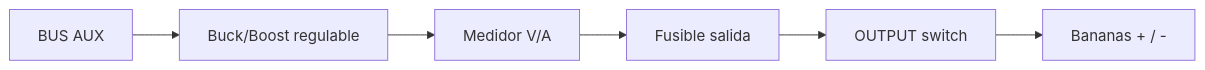
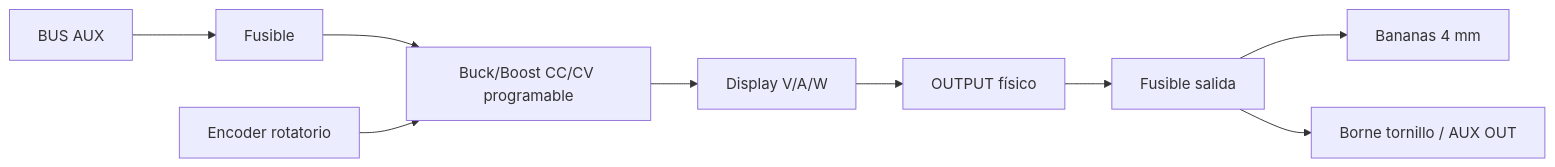
The diagram in docs/09-instrumentation.md (Jesus-Medina/Cyberdeck-R5-ESP32), drawn with Mermaid before and after one commit. The commit also changed other lines of this file, not shown here.

````diff
--- a/docs/09-instrumentation.md
+++ b/docs/09-instrumentation.md
@@ -94,8 +96,11 @@
 ```mermaid
 flowchart LR
-    AUX["BUS AUX"] --> BB["Buck/Boost regulable"]
-    BB --> VA["Medidor V/A"]
-    VA --> F["Fusible salida"]
-    F --> SW["OUTPUT switch"]
-    SW --> BAN["Bananas + / -"]
+    AUX["BUS AUX"] --> F0["Fusible"]
+    F0 --> BB["Buck/Boost CC/CV programable"]
+    BB --> DISP["Display V/A/W"]
+    ENC["Encoder rotatorio"] --> BB
+    DISP --> SW["OUTPUT físico"]
+    SW --> F1["Fusible salida"]
+    F1 --> BAN["Bananas 4 mm"]
+    F1 --> TERM["Borne tornillo / AUX OUT"]
 ```
````
